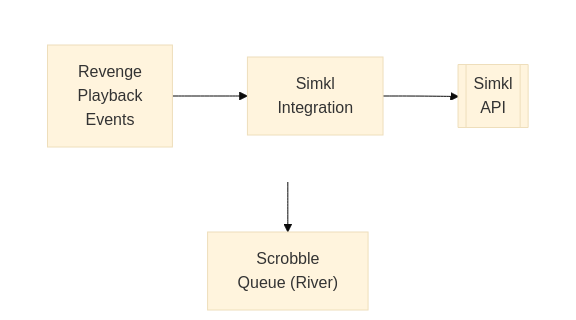
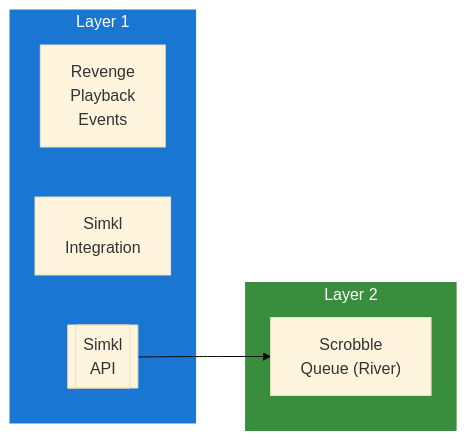
One commit to lusoris/revenge changed the diagram in docs/dev/design/integrations/scrobbling/SIMKL.md. Above: the diagram before and after it, drawn with Mermaid (base theme). The commit also changed 215 other files, not shown here.

First line of the commit message:
feat(diagrams): convert all ASCII diagrams to Mermaid with LR subgraphs

````diff
--- a/docs/dev/design/integrations/scrobbling/SIMKL.md
+++ b/docs/dev/design/integrations/scrobbling/SIMKL.md
@@ -59,16 +59,19 @@
 ```mermaid
-flowchart TD
-    subgraph row1[ ]
-        direction LR
+flowchart LR
+    subgraph Layer1["Layer 1"]
         node1["Revenge<br/>Playback<br/>Events"]
         node2["Simkl<br/>Integration"]
         node3[["Simkl<br/>API"]]
     end
-    node4["Scrobble<br/>Queue (River)"]
-    node1 --> node2
-    node2 --> node3
+
+    subgraph Layer2["Layer 2"]
+        node4["Scrobble<br/>Queue (River)"]
+    end
+
+    %% Connections
     node3 --> node4
 
-    %% Hide row subgraph borders
-    style row1 fill:transparent,stroke:transparent
+    %% Styling
+    style Layer1 fill:#1976D2,stroke:#1976D2,color:#fff
+    style Layer2 fill:#388E3C,stroke:#388E3C,color:#fff
 ```
````
